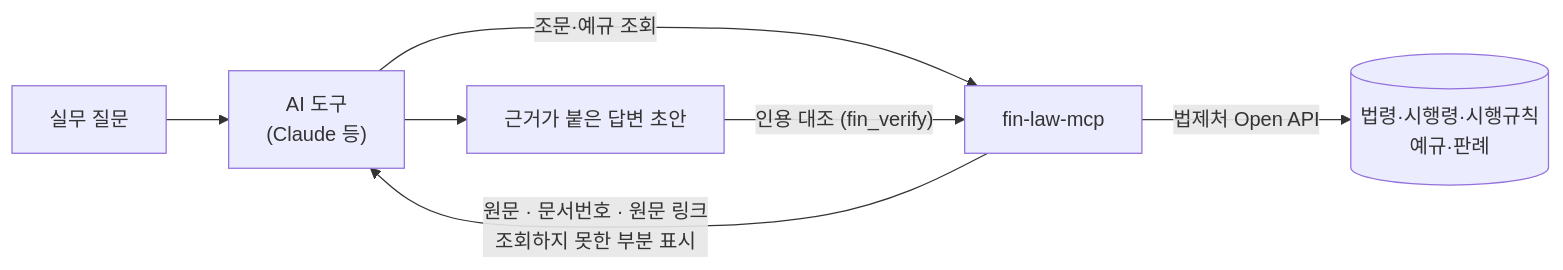
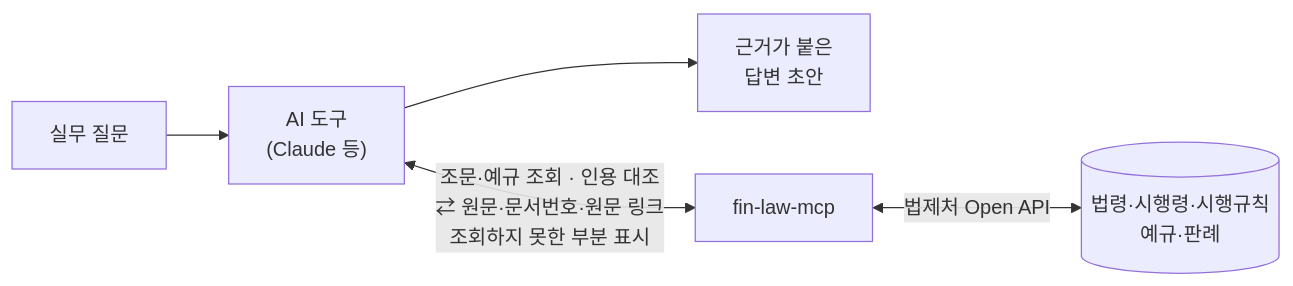
One commit to dolseom/fin-law-mcp changed the diagram in README.md. Above: the diagram before and after it, drawn with Mermaid. The commit also changed other lines of this file, not shown here.

Commit message:
README: 한눈에 보기 표 머리 줄, 흐름도 단순화

````diff
--- a/README.md
+++ b/README.md
@@ -36,9 +36,7 @@
 ```mermaid
 flowchart LR
   Q["실무 질문"] --> AI["AI 도구<br/>(Claude 등)"]
-  AI -->|"조문·예규 조회"| S["fin-law-mcp"]
-  S -->|"법제처 Open API"| L[("법령·시행령·시행규칙<br/>예규·판례")]
-  S -->|"원문 · 문서번호 · 원문 링크<br/>조회하지 못한 부분 표시"| AI
-  AI --> D["근거가 붙은 답변 초안"]
-  D -->|"인용 대조 (fin_verify)"| S
+  AI --> D["근거가 붙은<br/>답변 초안"]
+  AI <-->|"조문·예규 조회 · 인용 대조<br/>⇄ 원문·문서번호·원문 링크<br/>조회하지 못한 부분 표시"| S["fin-law-mcp"]
+  S <-->|"법제처 Open API"| L[("법령·시행령·시행규칙<br/>예규·판례")]
 ```
````
